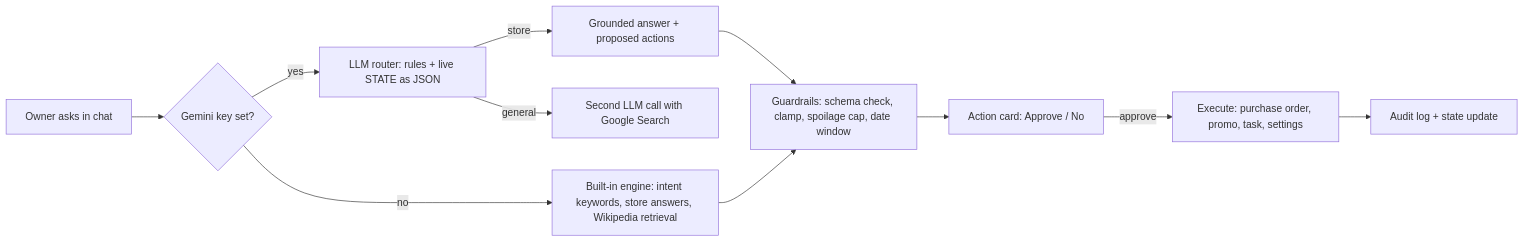
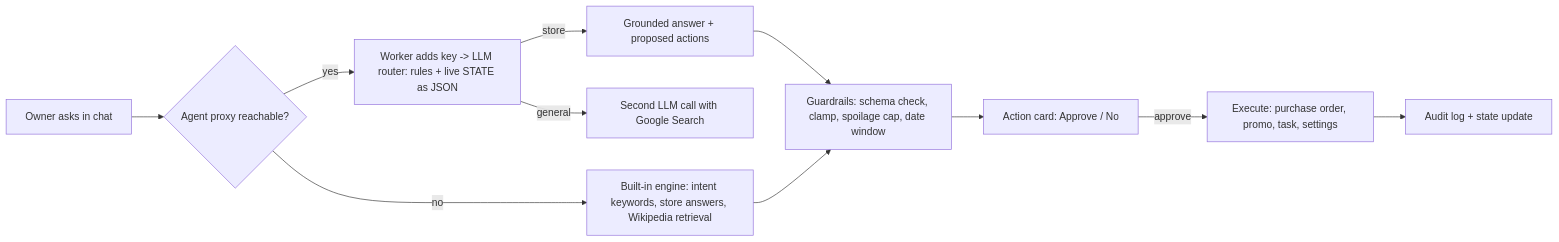
The diagram in README.md (Aiwadod/khudra-ai), drawn with Mermaid before and after one commit. The commit also changed other lines of this file, not shown here.

Commit message:
README: shared agent and free-tier limits

````diff
--- a/README.md
+++ b/README.md
@@ -45,13 +45,13 @@
 ```mermaid
 flowchart LR
-  U[Owner asks in chat] --> K{Gemini key set?}
-  K -- yes --> R[LLM router: rules + live STATE as JSON]
+  U[Owner asks in chat] --> K{Agent proxy reachable?}
+  K -- yes --> R[Worker adds key -> LLM router: rules + live STATE as JSON]
   R -- store --> S[Grounded answer + proposed actions]
   R -- general --> W[Second LLM call with Google Search]
   K -- no --> B[Built-in engine: intent keywords, store answers, Wikipedia retrieval]
   S --> G[Guardrails: schema check, clamp, spoilage cap, date window]
   B --> G
   G --> C[Action card: Approve / No]
   C -- approve --> X[Execute: purchase order, promo, task, settings]
   X --> L[Audit log + state update]
 ```
````
